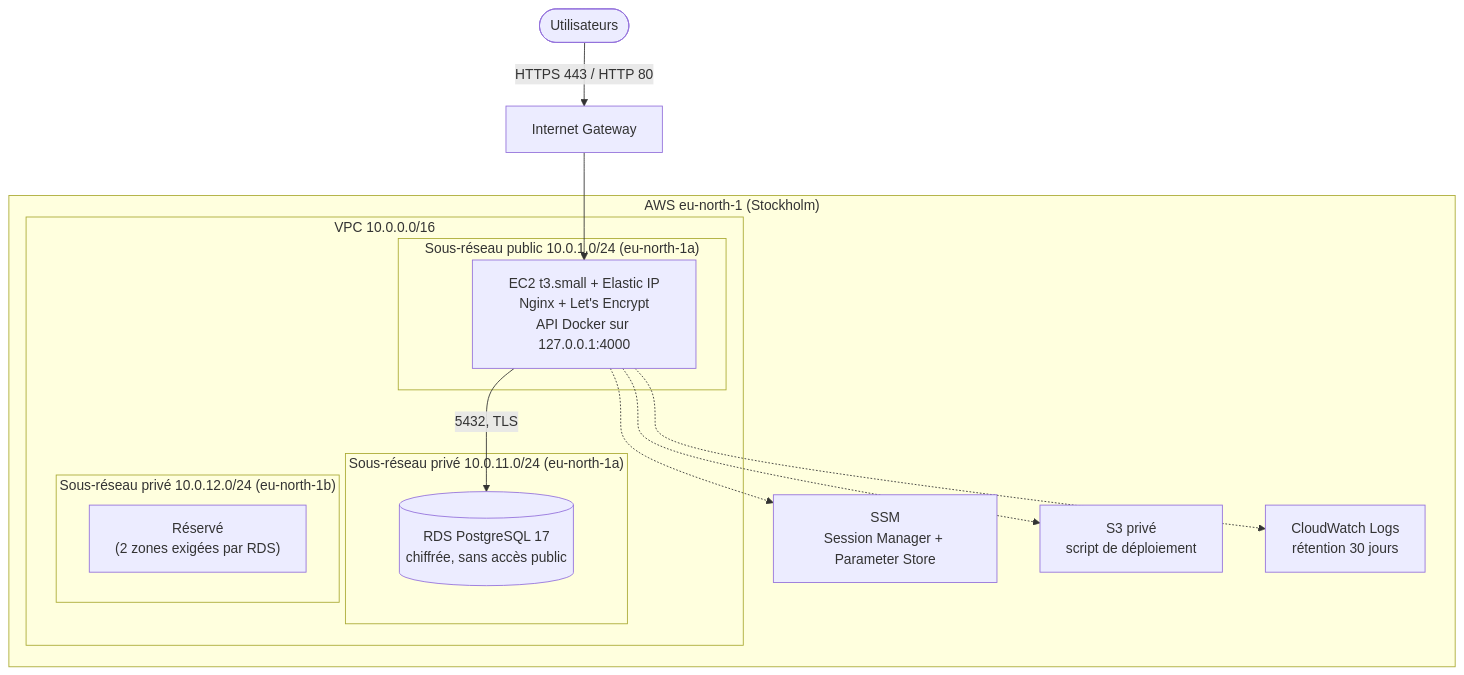
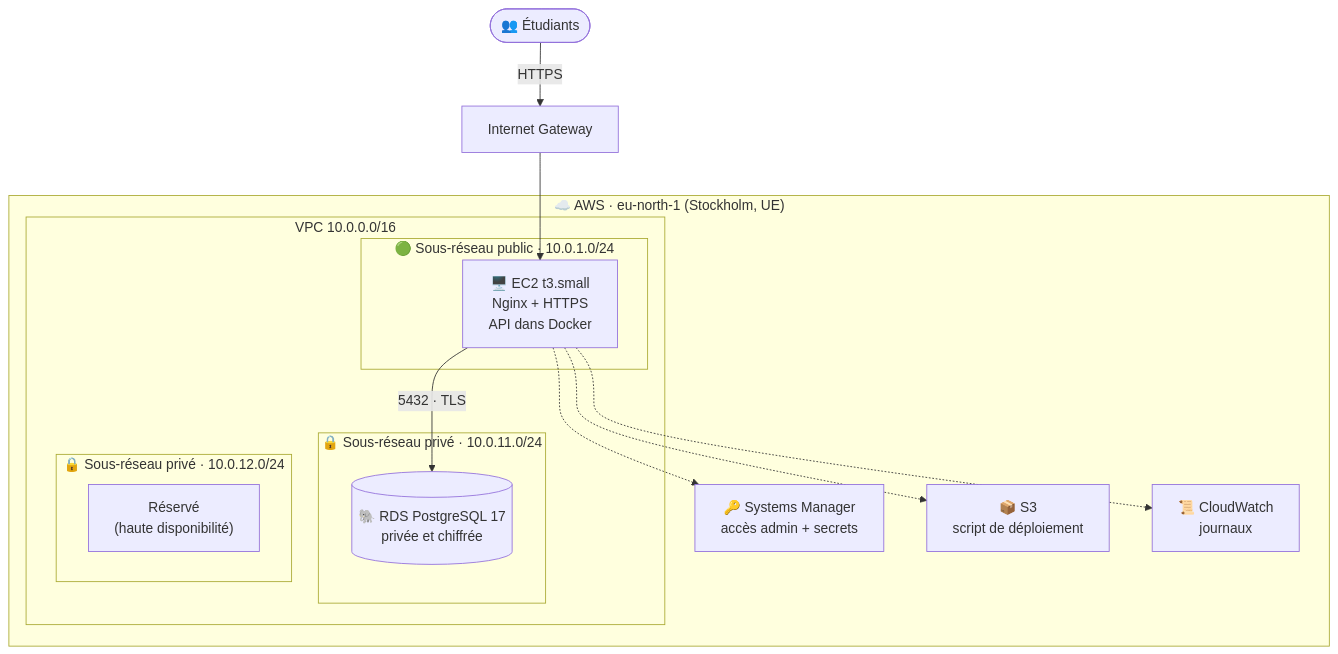
One commit to mahdifahs/GreenCampusHdF changed the second of 6 diagrams in README.md. Above: the diagram before and after it, drawn with Mermaid. The commit also changed other lines of this file, not shown here.

````diff
--- a/README.md
+++ b/README.md
@@ -28,27 +61,27 @@
 ```mermaid
 flowchart TB
-    U([Utilisateurs]) -->|HTTPS 443 / HTTP 80| IGW[Internet Gateway]
+    U(["👥 Étudiants"]) -->|"HTTPS"| IGW["Internet Gateway"]
 
-    subgraph AWS["AWS eu-north-1 (Stockholm)"]
+    subgraph AWS["☁️ AWS · eu-north-1 (Stockholm, UE)"]
         subgraph VPC["VPC 10.0.0.0/16"]
-            subgraph PUB["Sous-réseau public 10.0.1.0/24 (eu-north-1a)"]
-                EC2["EC2 t3.small + Elastic IP<br/>Nginx + Let's Encrypt<br/>API Docker sur 127.0.0.1:4000"]
+            subgraph PUB["🟢 Sous-réseau public · 10.0.1.0/24"]
+                EC2["🖥️ EC2 t3.small<br/>Nginx + HTTPS<br/>API dans Docker"]
             end
-            subgraph PRA["Sous-réseau privé 10.0.11.0/24 (eu-north-1a)"]
-                RDS[("RDS PostgreSQL 17<br/>chiffrée, sans accès public")]
+            subgraph PRA["🔒 Sous-réseau privé · 10.0.11.0/24"]
+                RDS[("🐘 RDS PostgreSQL 17<br/>privée et chiffrée")]
             end
-            subgraph PRB["Sous-réseau privé 10.0.12.0/24 (eu-north-1b)"]
-                RES["Réservé<br/>(2 zones exigées par RDS)"]
+            subgraph PRB["🔒 Sous-réseau privé · 10.0.12.0/24"]
+                RES["Réservé<br/>(haute disponibilité)"]
             end
         end
-        SSM["SSM<br/>Session Manager + Parameter Store"]
-        S3["S3 privé<br/>script de déploiement"]
-        CW["CloudWatch Logs<br/>rétention 30 jours"]
+        SSM["🔑 Systems Manager<br/>accès admin + secrets"]
+        S3["📦 S3<br/>script de déploiement"]
+        CW["📜 CloudWatch<br/>journaux"]
     end
 
     IGW --> EC2
-    EC2 -->|5432, TLS| RDS
+    EC2 -->|"5432 · TLS"| RDS
     EC2 -.-> SSM
     EC2 -.-> S3
     EC2 -.-> CW
 ```
````
